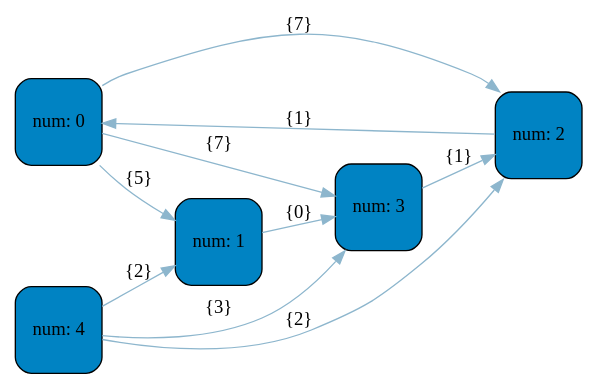
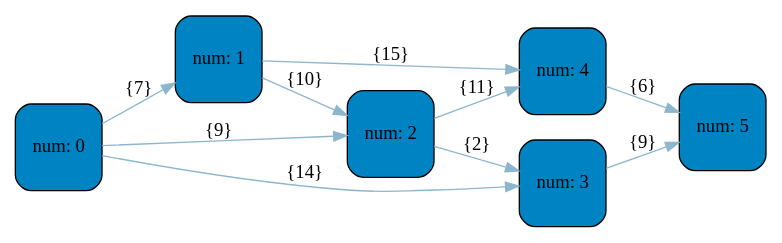
Before and after one commit to MaxGroshev/graph_algorithm: the diagram in jhonson/graphviz_lib/graph_dump.dot, drawn with Graphviz. The commit also changed 19 other files, not shown here.

```diff
--- a/jhonson/graphviz_lib/graph_dump.dot
+++ b/jhonson/graphviz_lib/graph_dump.dot
@@ -1,20 +1,21 @@
 digraph   
 {
 rankdir = "LR"
 splines = "true"
 
-node0x603000001e40 [shape      = "Mrecord", width = 0.9, height = 0.9,  fillcolor   = "#0083C3", style = "filled", fontcolor= " black", fontname = "Calibri", color = "black", label = "{num: 0}"]
-node0x603000001e40 -> node0x603000001e44 [color = "#8DB6CD", style = "", constraint = true, fillcolor = "#8DB6CD",   fontcolor = "", fontname = "Calibri", label = "{5}"]
-node0x603000001e40 -> node0x603000001e48 [color = "#8DB6CD", style = "", constraint = true, fillcolor = "#8DB6CD",   fontcolor = "", fontname = "Calibri", label = "{7}"]
-node0x603000001e40 -> node0x603000001e4c [color = "#8DB6CD", style = "", constraint = true, fillcolor = "#8DB6CD",   fontcolor = "", fontname = "Calibri", label = "{7}"]
-node0x603000001e44 [shape      = "Mrecord", width = 0.9, height = 0.9,  fillcolor   = "#0083C3", style = "filled", fontcolor= " black", fontname = "Calibri", color = "black", label = "{num: 1}"]
-node0x603000001e44 -> node0x603000001e4c [color = "#8DB6CD", style = "", constraint = true, fillcolor = "#8DB6CD",   fontcolor = "", fontname = "Calibri", label = "{0}"]
-node0x603000001e48 [shape      = "Mrecord", width = 0.9, height = 0.9,  fillcolor   = "#0083C3", style = "filled", fontcolor= " black", fontname = "Calibri", color = "black", label = "{num: 2}"]
-node0x603000001e48 -> node0x603000001e40 [color = "#8DB6CD", style = "", constraint = true, fillcolor = "#8DB6CD",   fontcolor = "", fontname = "Calibri", label = "{1}"]
-node0x603000001e4c [shape      = "Mrecord", width = 0.9, height = 0.9,  fillcolor   = "#0083C3", style = "filled", fontcolor= " black", fontname = "Calibri", color = "black", label = "{num: 3}"]
-node0x603000001e4c -> node0x603000001e48 [color = "#8DB6CD", style = "", constraint = true, fillcolor = "#8DB6CD",   fontcolor = "", fontname = "Calibri", label = "{1}"]
-node0x603000001e50 [shape      = "Mrecord", width = 0.9, height = 0.9,  fillcolor   = "#0083C3", style = "filled", fontcolor= " black", fontname = "Calibri", color = "black", label = "{num: 4}"]
-node0x603000001e50 -> node0x603000001e44 [color = "#8DB6CD", style = "", constraint = true, fillcolor = "#8DB6CD",   fontcolor = "", fontname = "Calibri", label = "{2}"]
-node0x603000001e50 -> node0x603000001e48 [color = "#8DB6CD", style = "", constraint = true, fillcolor = "#8DB6CD",   fontcolor = "", fontname = "Calibri", label = "{2}"]
-node0x603000001e50 -> node0x603000001e4c [color = "#8DB6CD", style = "", constraint = true, fillcolor = "#8DB6CD",   fontcolor = "", fontname = "Calibri", label = "{3}"]
+node0x6030000027a0 [shape      = "Mrecord", width = 0.9, height = 0.9,  fillcolor   = "#0083C3", style = "filled", fontcolor= " black", fontname = "Calibri", color = "black", label = "{num: 0}"]
+node0x6030000027a0 -> node0x6030000027a4 [color = "#8DB6CD", style = "", constraint = true, fillcolor = "#8DB6CD",   fontcolor = "", fontname = "Calibri", label = "{7}"]
+node0x6030000027a0 -> node0x6030000027a8 [color = "#8DB6CD", style = "", constraint = true, fillcolor = "#8DB6CD",   fontcolor = "", fontname = "Calibri", label = "{9}"]
+node0x6030000027a0 -> node0x6030000027ac [color = "#8DB6CD", style = "", constraint = true, fillcolor = "#8DB6CD",   fontcolor = "", fontname = "Calibri", label = "{14}"]
+node0x6030000027a4 [shape      = "Mrecord", width = 0.9, height = 0.9,  fillcolor   = "#0083C3", style = "filled", fontcolor= " black", fontname = "Calibri", color = "black", label = "{num: 1}"]
+node0x6030000027a4 -> node0x6030000027a8 [color = "#8DB6CD", style = "", constraint = true, fillcolor = "#8DB6CD",   fontcolor = "", fontname = "Calibri", label = "{10}"]
+node0x6030000027a4 -> node0x6030000027b0 [color = "#8DB6CD", style = "", constraint = true, fillcolor = "#8DB6CD",   fontcolor = "", fontname = "Calibri", label = "{15}"]
+node0x6030000027a8 [shape      = "Mrecord", width = 0.9, height = 0.9,  fillcolor   = "#0083C3", style = "filled", fontcolor= " black", fontname = "Calibri", color = "black", label = "{num: 2}"]
+node0x6030000027a8 -> node0x6030000027ac [color = "#8DB6CD", style = "", constraint = true, fillcolor = "#8DB6CD",   fontcolor = "", fontname = "Calibri", label = "{2}"]
+node0x6030000027a8 -> node0x6030000027b0 [color = "#8DB6CD", style = "", constraint = true, fillcolor = "#8DB6CD",   fontcolor = "", fontname = "Calibri", label = "{11}"]
+node0x6030000027ac [shape      = "Mrecord", width = 0.9, height = 0.9,  fillcolor   = "#0083C3", style = "filled", fontcolor= " black", fontname = "Calibri", color = "black", label = "{num: 3}"]
+node0x6030000027ac -> node0x6030000027b4 [color = "#8DB6CD", style = "", constraint = true, fillcolor = "#8DB6CD",   fontcolor = "", fontname = "Calibri", label = "{9}"]
+node0x6030000027b0 [shape      = "Mrecord", width = 0.9, height = 0.9,  fillcolor   = "#0083C3", style = "filled", fontcolor= " black", fontname = "Calibri", color = "black", label = "{num: 4}"]
+node0x6030000027b0 -> node0x6030000027b4 [color = "#8DB6CD", style = "", constraint = true, fillcolor = "#8DB6CD",   fontcolor = "", fontname = "Calibri", label = "{6}"]
+node0x6030000027b4 [shape      = "Mrecord", width = 0.9, height = 0.9,  fillcolor   = "#0083C3", style = "filled", fontcolor= " black", fontname = "Calibri", color = "black", label = "{num: 5}"]
 }
```
